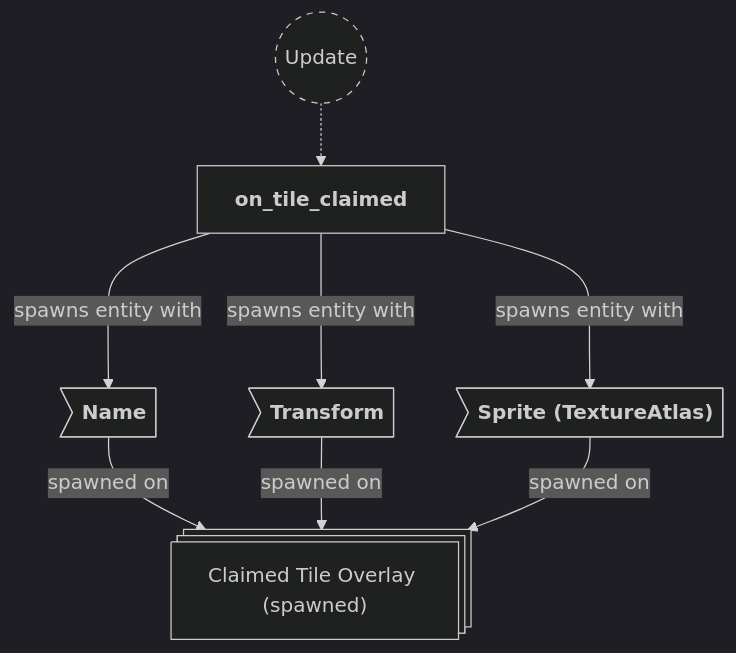
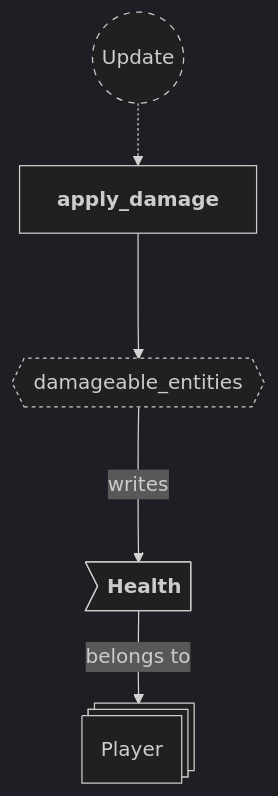
Before and after one commit to neurosoup/tyled: the fifth of 6 diagrams in backlog/docs/doc-8 - 007-Claim-plugin.md, drawn with Mermaid. The commit also changed other lines of this file and 11 other files, not shown here.

````diff
--- a/backlog/docs/doc-8 - 007-Claim-plugin.md
+++ b/backlog/docs/doc-8 - 007-Claim-plugin.md
@@ -156,28 +175,24 @@
 ```mermaid
 ---
 config:
   theme: dark
 ---
 
 flowchart TD
 classDef system-group stroke-dasharray: 5 5
+classDef query stroke-dasharray: 3 3
 
 update(("`Update`")):::system-group
-on_tile_claimed["`**on_tile_claimed**`"]
+apply_damage["`**apply_damage**`"]
 
-update -.-> on_tile_claimed
+update -.-> apply_damage
 
-overlay_entity@{ shape: st-rect, label: "Claimed Tile Overlay (spawned)" }
+damageable_query{{"`damageable_entities`"}}:::query
+apply_damage ---> damageable_query
 
-ov_name>"`**Name**`"]
-ov_transform>"`**Transform**`"]
-ov_sprite>"`**Sprite (TextureAtlas)**`"]
+player_entity@{ shape: st-rect, label: "Player" }
 
-ov_name --> |spawned on| overlay_entity
-ov_transform --> |spawned on| overlay_entity
-ov_sprite --> |spawned on| overlay_entity
+pe_health>"`**Health**`"] --> |belongs to| player_entity
 
-on_tile_claimed ---> |spawns entity with| ov_name
-on_tile_claimed ---> |spawns entity with| ov_transform
-on_tile_claimed ---> |spawns entity with| ov_sprite
+damageable_query ---> |writes| pe_health
 ```
````
